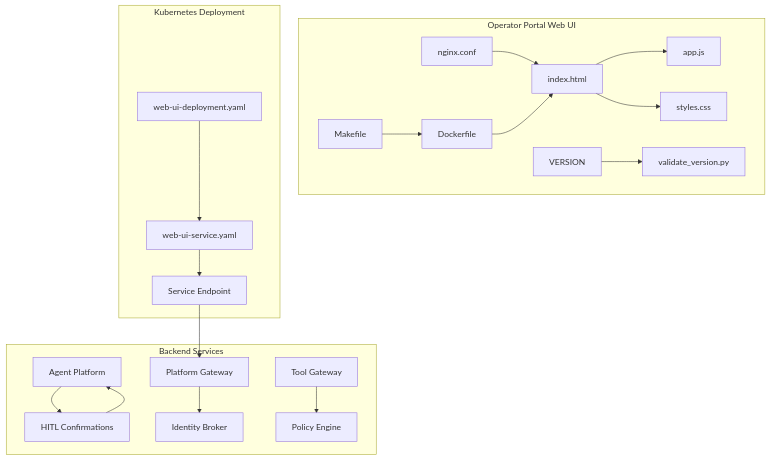
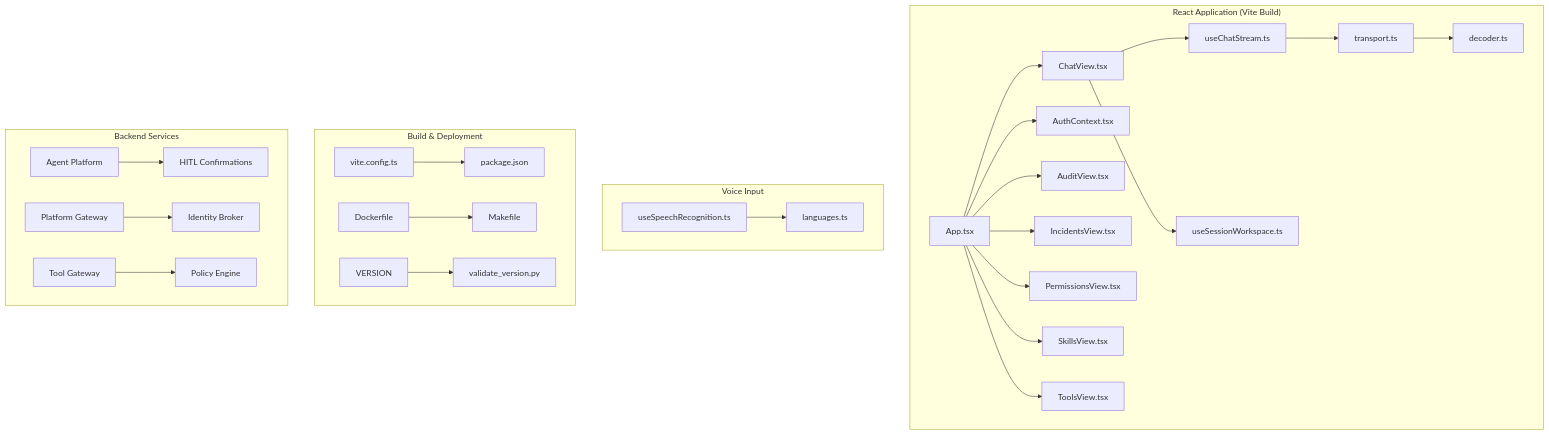
One commit to metasync/luban-aiops changed the first of 2 diagrams in .qoder/repowiki/en/content/Operator Portal.md. Above: the diagram before and after it, drawn with Mermaid. The commit also changed other lines of this file and 51 other files, not shown here.

````diff
--- a/.qoder/repowiki/en/content/Operator Portal.md
+++ b/.qoder/repowiki/en/content/Operator Portal.md
@@ -60,22 +82,29 @@
 ```mermaid
 graph TB
-subgraph "Operator Portal Web UI"
-A[index.html] --> B[app.js]
-A --> C[styles.css]
-D[nginx.conf] --> A
-E[Dockerfile] --> A
-F[Makefile] --> E
-G[VERSION] --> H[validate_version.py]
+subgraph "React Application (Vite Build)"
+A[App.tsx] --> B[ChatView.tsx]
+A --> C[AuthContext.tsx]
+B --> D[useChatStream.ts]
+B --> E[useSessionWorkspace.ts]
+D --> F[transport.ts]
+F --> G[decoder.ts]
+A --> H[AuditView.tsx]
+A --> I[IncidentsView.tsx]
+A --> J[PermissionsView.tsx]
+A --> K[SkillsView.tsx]
+A --> L[ToolsView.tsx]
 end
-subgraph "Kubernetes Deployment"
-I[web-ui-deployment.yaml] --> J[web-ui-service.yaml]
-J --> K[Service Endpoint]
+subgraph "Voice Input"
+M[useSpeechRecognition.ts] --> N[languages.ts]
+end
+subgraph "Build & Deployment"
+O[vite.config.ts] --> P[package.json]
+Q[Dockerfile] --> R[Makefile]
+S[VERSION] --> T[validate_version.py]
 end
 subgraph "Backend Services"
-L[Agent Platform] --> M[HITL Confirmations]
-N[Platform Gateway] --> O[Identity Broker]
-P[Tool Gateway] --> Q[Policy Engine]
-K --> N
-M --> L
+U[Agent Platform] --> V[HITL Confirmations]
+W[Platform Gateway] --> X[Identity Broker]
+Y[Tool Gateway] --> Z[Policy Engine]
 end
 ```
````
